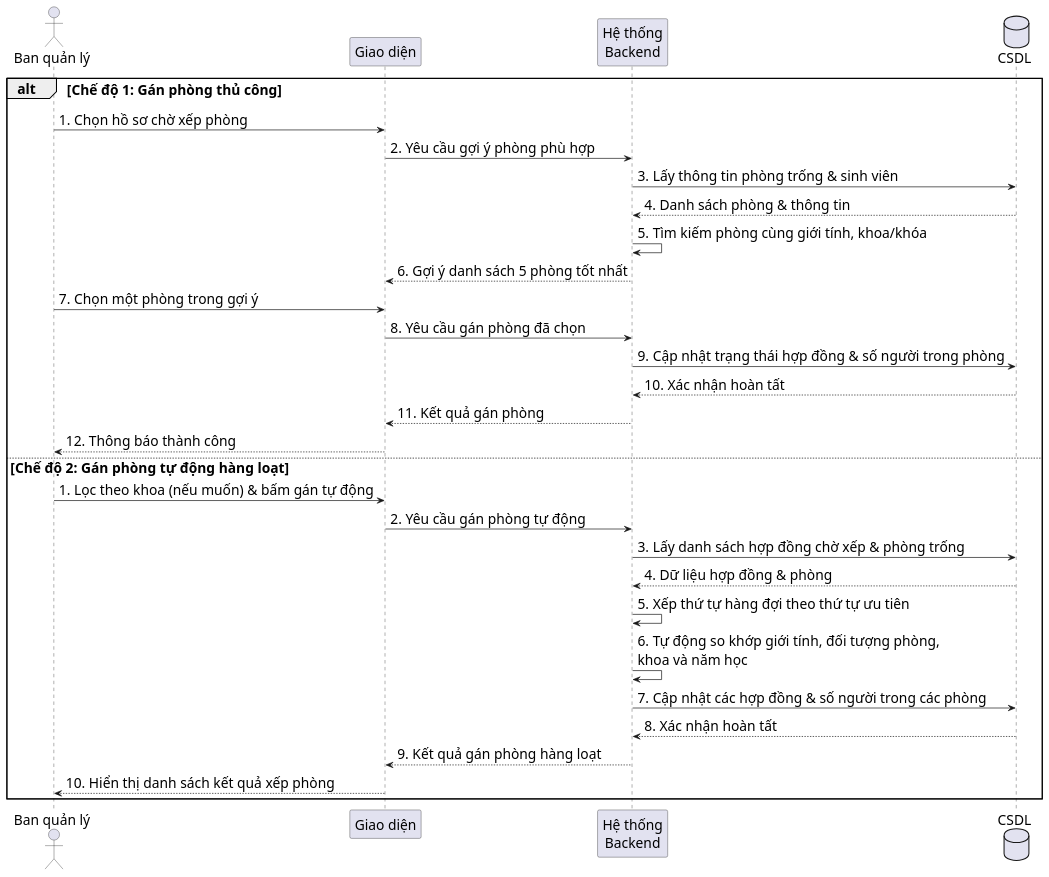
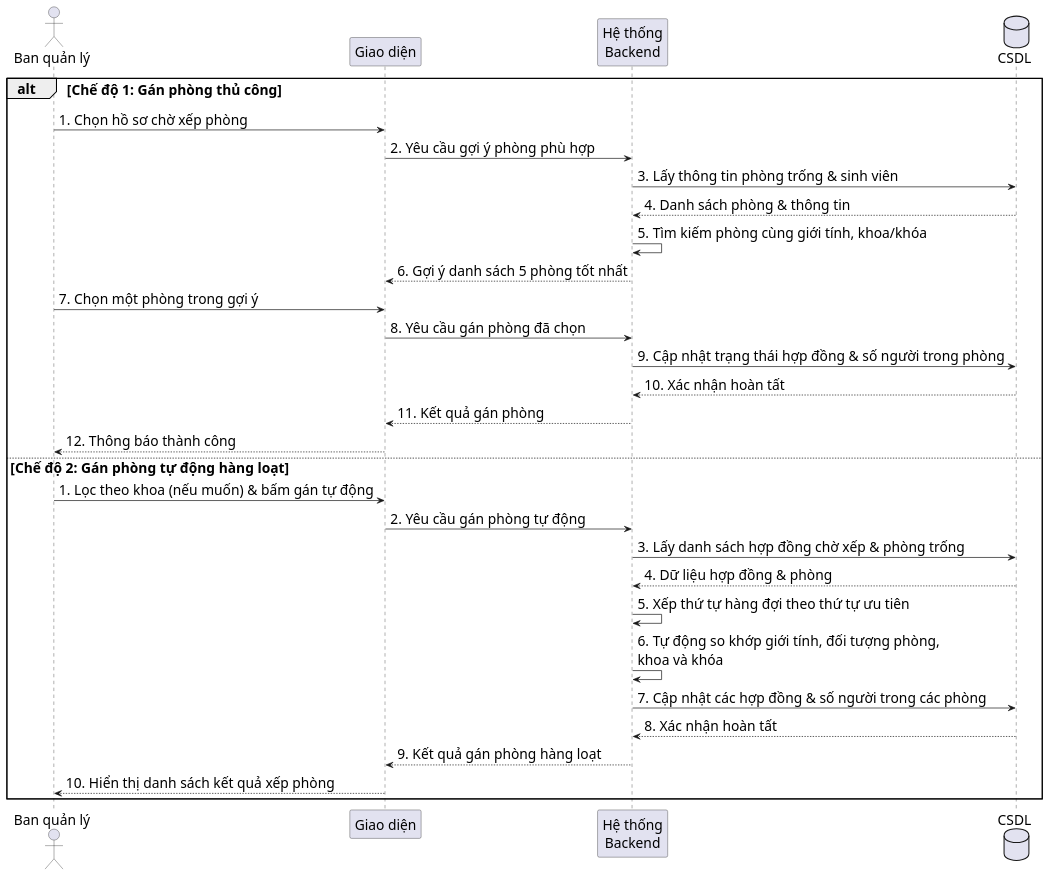
Before and after one commit to s0nbuildtech287/dormitory-frontend: the diagram in diagrams/nhomphonghopdong/room_assignment_sequence.puml, drawn with PlantUML. The commit also changed 1 other file, not shown here.

```diff
--- a/diagrams/nhomphonghopdong/room_assignment_sequence.puml
+++ b/diagrams/nhomphonghopdong/room_assignment_sequence.puml
@@ -1,37 +1,37 @@
 @startuml "Room Assignment Sequence"
 skinparam defaultFontSize 20
 skinparam defaultFontName "Times New Roman"
 skinparam sequenceMessageSize 20
 
 actor "Ban quản lý" as Admin
 participant "Giao diện" as FE
 participant "Hệ thống\nBackend" as BE
 database "CSDL" as DB
 
 alt Chế độ 1: Gán phòng thủ công
   Admin -> FE: 1. Chọn hồ sơ chờ xếp phòng
   FE -> BE: 2. Yêu cầu gợi ý phòng phù hợp
   BE -> DB: 3. Lấy thông tin phòng trống & sinh viên
   DB --> BE: 4. Danh sách phòng & thông tin
   BE -> BE: 5. Tìm kiếm phòng cùng giới tính, khoa/khóa
   BE --> FE: 6. Gợi ý danh sách 5 phòng tốt nhất
   Admin -> FE: 7. Chọn một phòng trong gợi ý
   FE -> BE: 8. Yêu cầu gán phòng đã chọn
   BE -> DB: 9. Cập nhật trạng thái hợp đồng & số người trong phòng
   DB --> BE: 10. Xác nhận hoàn tất
   BE --> FE: 11. Kết quả gán phòng
   FE --> Admin: 12. Thông báo thành công
 
 else Chế độ 2: Gán phòng tự động hàng loạt
   Admin -> FE: 1. Lọc theo khoa (nếu muốn) & bấm gán tự động
   FE -> BE: 2. Yêu cầu gán phòng tự động
   BE -> DB: 3. Lấy danh sách hợp đồng chờ xếp & phòng trống
   DB --> BE: 4. Dữ liệu hợp đồng & phòng
   BE -> BE: 5. Xếp thứ tự hàng đợi theo thứ tự ưu tiên
-  BE -> BE: 6. Tự động so khớp giới tính, đối tượng phòng,\nkhoa và năm học
+  BE -> BE: 6. Tự động so khớp giới tính, đối tượng phòng,\nkhoa và khóa
   BE -> DB: 7. Cập nhật các hợp đồng & số người trong các phòng
   DB --> BE: 8. Xác nhận hoàn tất
   BE --> FE: 9. Kết quả gán phòng hàng loạt
   FE --> Admin: 10. Hiển thị danh sách kết quả xếp phòng
 end
 @enduml
```
